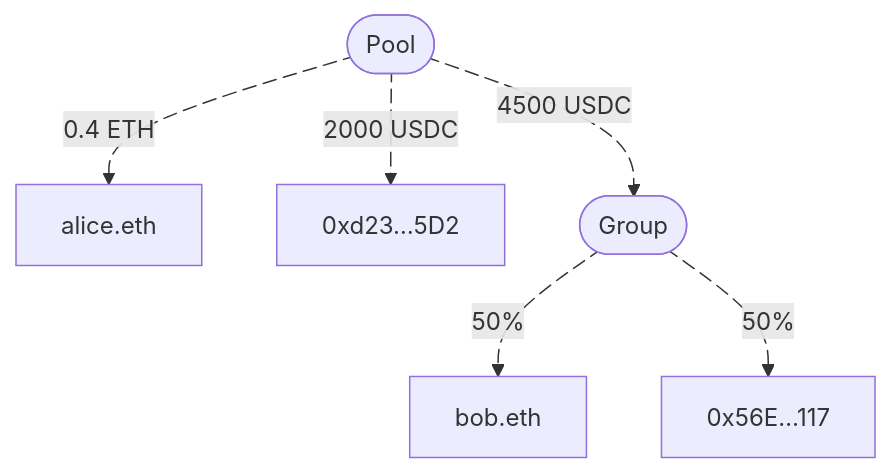
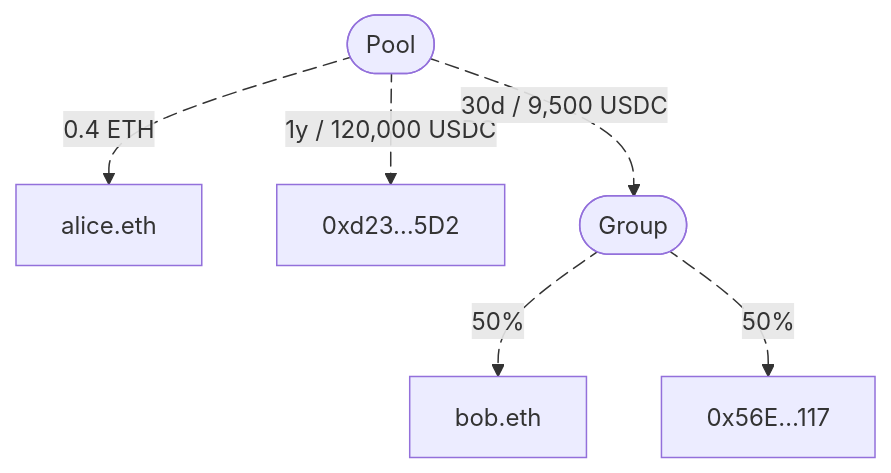
Before and after one commit to mutuals-finance/mutuals: the diagram in README.md, drawn with Mermaid.

Commit message:
docs: diagram timelock

````diff
--- a/README.md
+++ b/README.md
@@ -5,12 +5,12 @@
 ```mermaid
 flowchart TD
     Pool(["Pool"]) L_Pool_A_0@-- "0.4 ETH" --> A["alice.eth"]
-    Pool L_Pool_B_0@-- 2000 USDC --> B["0xd23…5D2"]
-    Pool L_Pool_C_0@-- 4500 USDC --> C(["Group"])
+    Pool L_Pool_B_0@-- 1y / 120,000 USDC --> B["0xd23…5D2"]
+    Pool L_Pool_C_0@-- 30d / 9,500 USDC --> C(["Group"])
     C L_C_D_0@-- 50% --> D["bob.eth"] & E["0x56E…117"]
     L_Pool_A_0@{ animation: slow } 
     L_Pool_B_0@{ animation: slow } 
     L_Pool_C_0@{ animation: slow } 
     L_C_D_0@{ animation: slow } 
     L_C_E_0@{ animation: slow }
 ```
````
